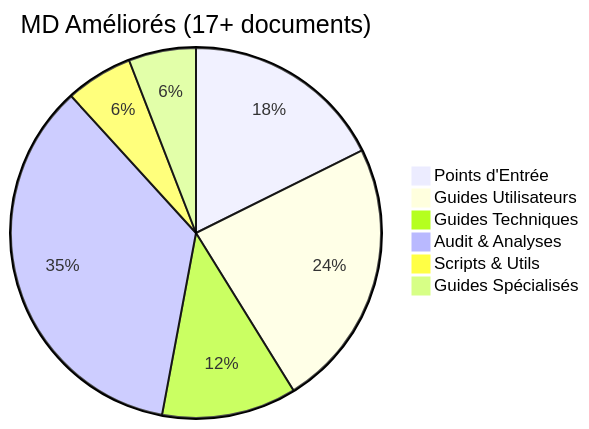
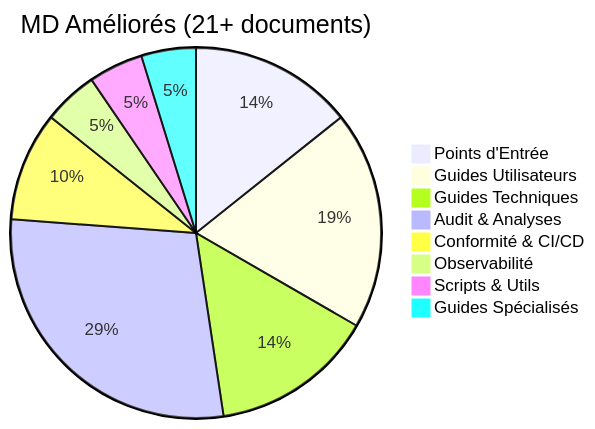
One commit to arkalia-luna-system/bbia-sim changed the first of 3 diagrams in docs/RESUME_AMELIORATIONS_MD_VISUEL.md. Above: the diagram before and after it, drawn with Mermaid. The commit also changed other lines of this file, not shown here.

Commit message:
docs: mise à jour récapitulatif final avec 21+ documents

````diff
--- a/docs/RESUME_AMELIORATIONS_MD_VISUEL.md
+++ b/docs/RESUME_AMELIORATIONS_MD_VISUEL.md
@@ -12,9 +12,11 @@
 ```mermaid
-pie title MD Améliorés (17+ documents)
+pie title MD Améliorés (21+ documents)
     "Points d'Entrée" : 3
     "Guides Utilisateurs" : 4
-    "Guides Techniques" : 2
+    "Guides Techniques" : 3
     "Audit & Analyses" : 6
+    "Conformité & CI/CD" : 2
+    "Observabilité" : 1
     "Scripts & Utils" : 1
     "Guides Spécialisés" : 1
 ```
````
